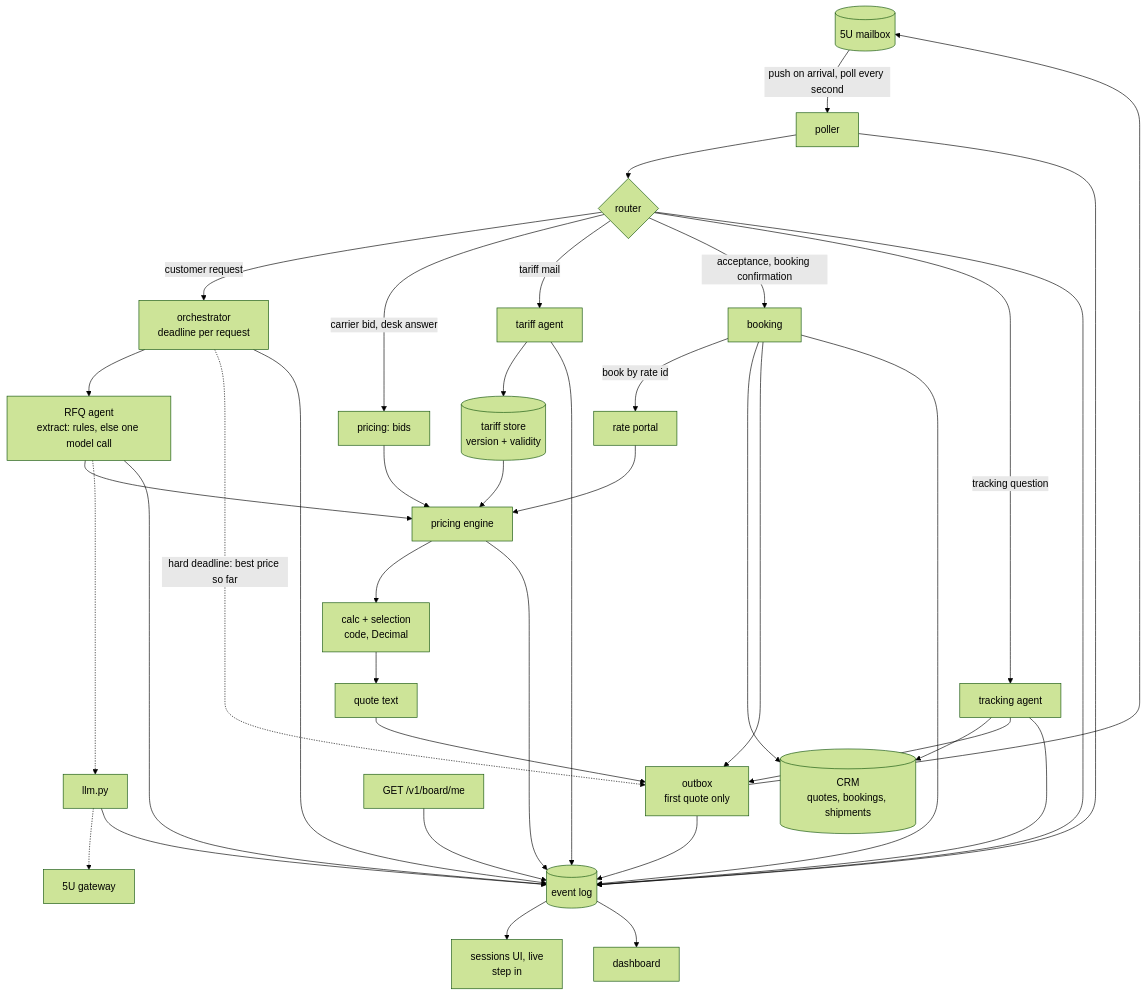
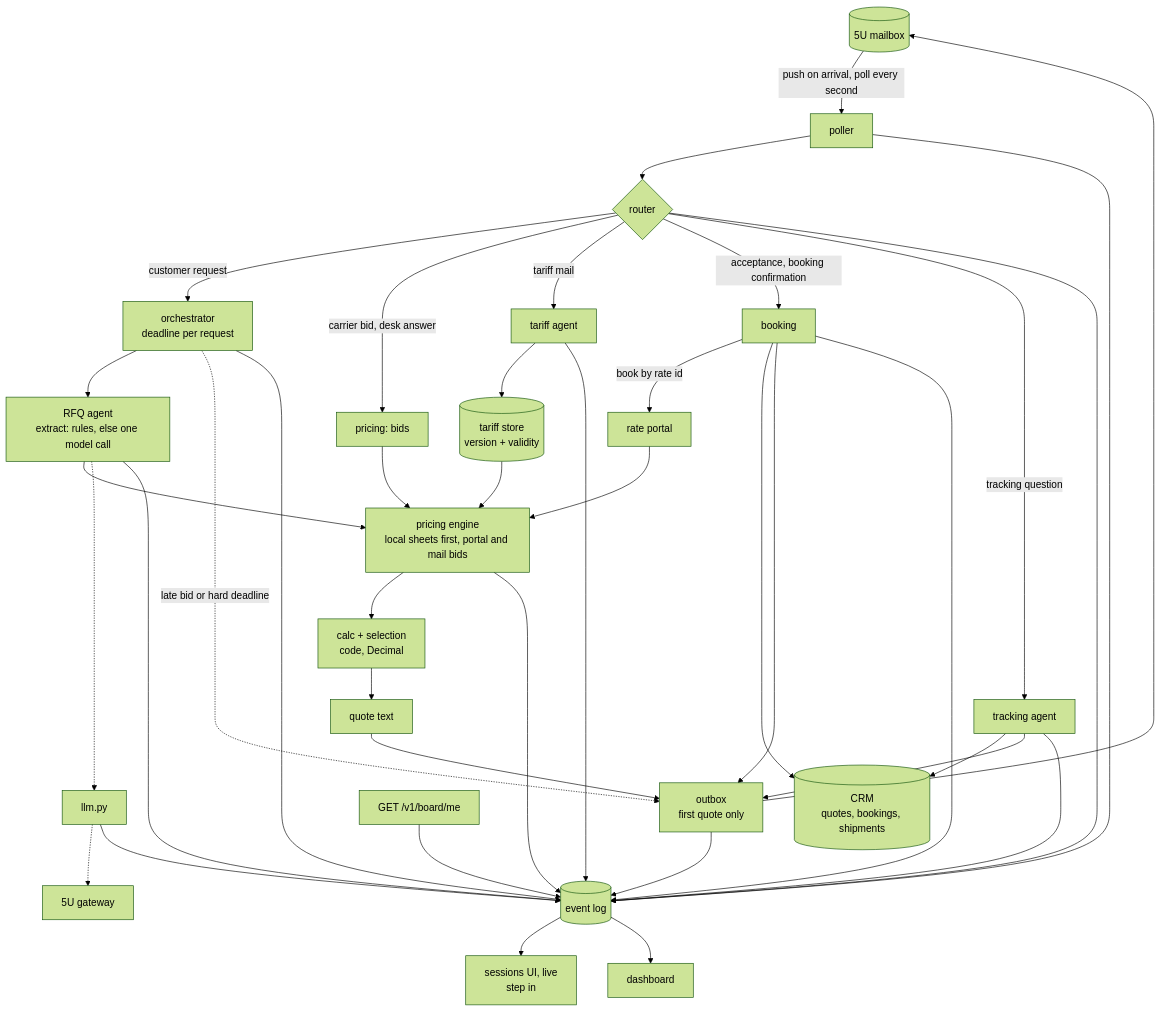
The diagram in README.md (lucakammerer/pixel), drawn with Mermaid (forest theme) before and after one commit. The commit also changed other lines of this file and 47 other files, not shown here.

````diff
--- a/README.md
+++ b/README.md
@@ -8,34 +8,34 @@
 ```mermaid
 flowchart TD
     MB[(5U mailbox)] -->|push on arrival, poll every second| P[poller]
     P --> R{router}
     R -->|customer request| O[orchestrator<br/>deadline per request]
     R -->|carrier bid, desk answer| BID[pricing: bids]
     R -->|tariff mail| T[tariff agent]
     R -->|acceptance, booking confirmation| BK[booking]
     R -->|tracking question| TR[tracking agent]
 
     O --> RFQ[RFQ agent<br/>extract: rules, else one model call]
-    RFQ --> ENG[pricing engine]
+    RFQ --> ENG[pricing engine<br/>local sheets first, portal and mail bids]
     T --> ST[(tariff store<br/>version + validity)]
     ST --> ENG
     PORTAL[rate portal] --> ENG
     BID --> ENG
     ENG --> SEL[calc + selection<br/>code, Decimal]
     SEL --> Q[quote text]
     Q --> OUT[outbox<br/>first quote only]
-    O -.->|hard deadline: best price so far| OUT
+    O -.->|late bid or hard deadline| OUT
     OUT --> MB
 
     BK -->|book by rate id| PORTAL
     BK --> CRM[(CRM<br/>quotes, bookings, shipments)]
     TR --> CRM
     TR --> OUT
     BK --> OUT
 
     RFQ -.-> LLM[llm.py] -.-> GW[5U gateway]
     P & R & O & RFQ & ENG & OUT & BK & TR & T & LLM --> EV[(event log)]
     EV --> UI[sessions UI, live<br/>step in]
     EV --> DASH[dashboard]
     BOARD["GET /v1/board/me"] --> EV
 ```
````
